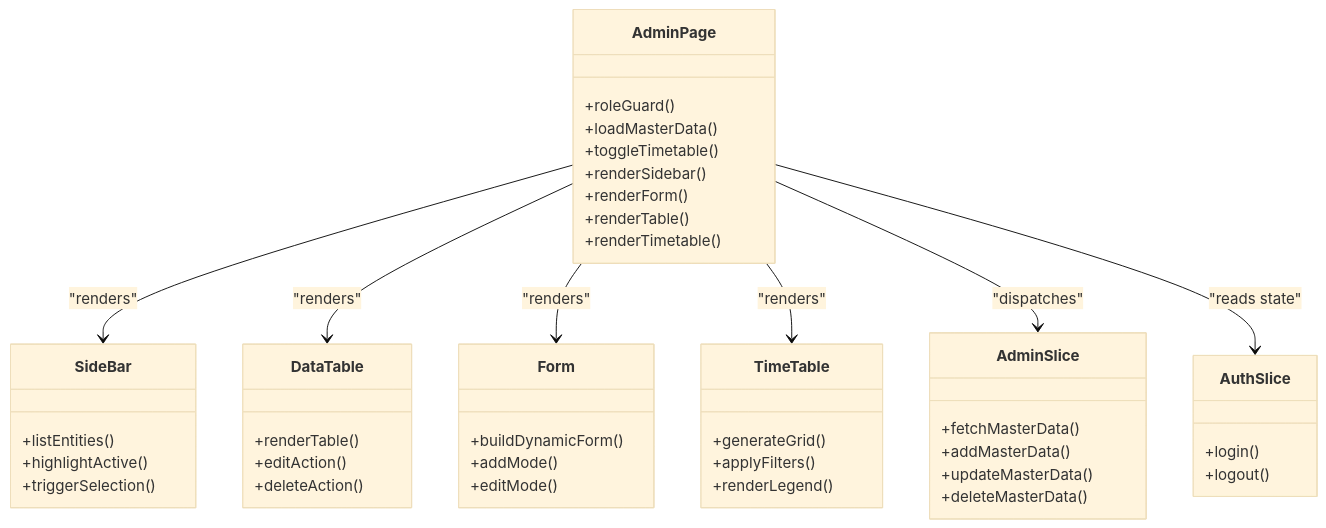
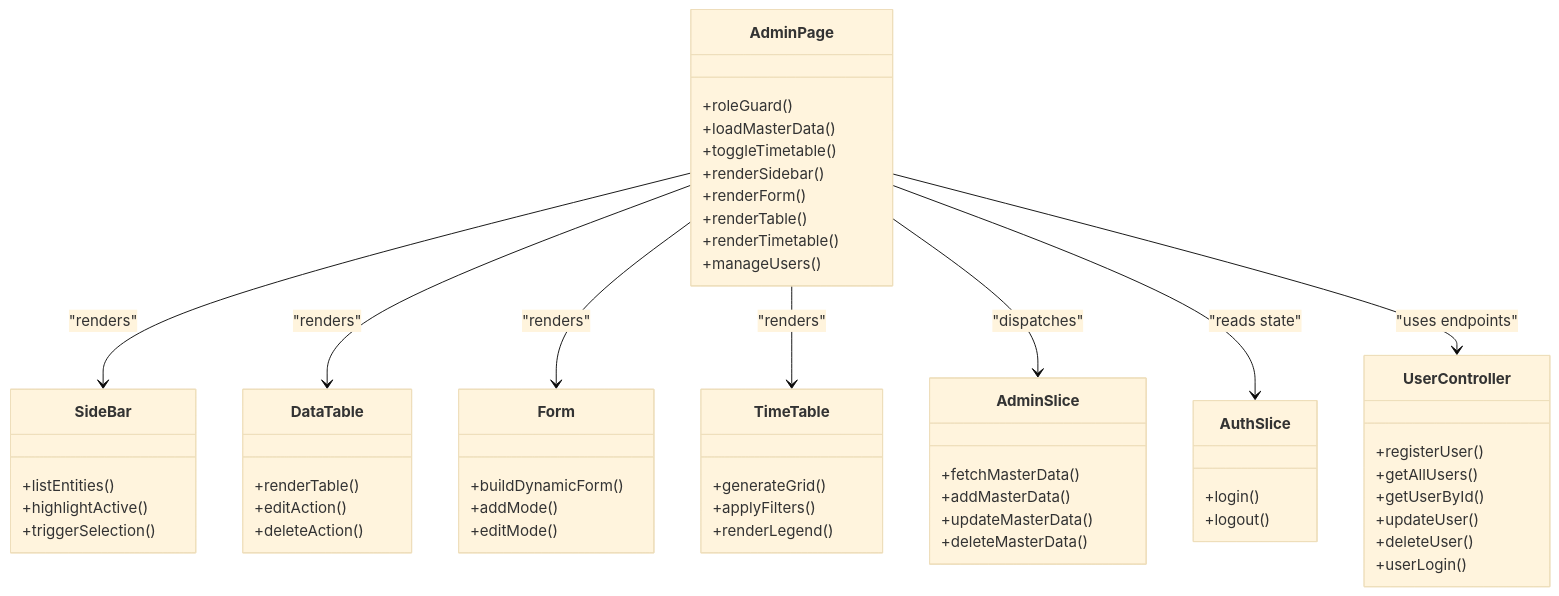
One commit to Aryan9060/Timetable-Project changed the third of 5 diagrams in .qoder/repowiki/en/content/Master Data Management/Role-Based Dashboards.md. Above: the diagram before and after it, drawn with Mermaid (base theme). The commit also changed other lines of this file and 8 other files, not shown here.

````diff
--- a/.qoder/repowiki/en/content/Master Data Management/Role-Based Dashboards.md
+++ b/.qoder/repowiki/en/content/Master Data Management/Role-Based Dashboards.md
@@ -280,48 +306,58 @@
 ```mermaid
 classDiagram
 class AdminPage {
 +roleGuard()
 +loadMasterData()
 +toggleTimetable()
 +renderSidebar()
 +renderForm()
 +renderTable()
 +renderTimetable()
++manageUsers()
 }
 class SideBar {
 +listEntities()
 +highlightActive()
 +triggerSelection()
 }
 class DataTable {
 +renderTable()
 +editAction()
 +deleteAction()
 }
 class Form {
 +buildDynamicForm()
 +addMode()
 +editMode()
 }
 class TimeTable {
 +generateGrid()
 +applyFilters()
 +renderLegend()
 }
 class AuthSlice {
 +login()
 +logout()
 }
 class AdminSlice {
 +fetchMasterData()
 +addMasterData()
 +updateMasterData()
 +deleteMasterData()
 }
+class UserController {
++registerUser()
++getAllUsers()
++getUserById()
++updateUser()
++deleteUser()
++userLogin()
+}
 AdminPage --> SideBar : "renders"
 AdminPage --> DataTable : "renders"
 AdminPage --> Form : "renders"
 AdminPage --> TimeTable : "renders"
 AdminPage --> AdminSlice : "dispatches"
 AdminPage --> AuthSlice : "reads state"
+AdminPage --> UserController : "uses endpoints"
 ```
````
